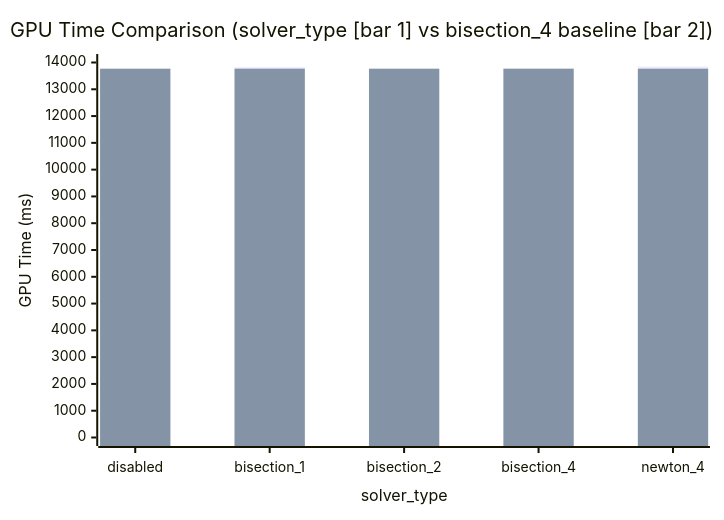
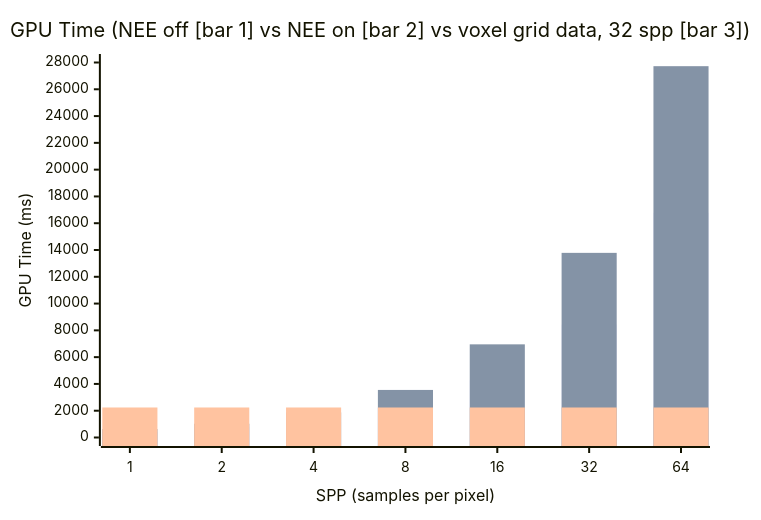
One commit to VENUSXK/pages changed the third of 12 diagrams in content/docs/GaborRT/exp-20261023.mdx. Above: the diagram before and after it, drawn with Mermaid. The commit also changed other lines of this file and 3 other files, not shown here.

````diff
--- a/content/docs/GaborRT/exp-20261023.mdx
+++ b/content/docs/GaborRT/exp-20261023.mdx
@@ -454,8 +340,9 @@
 ```mermaid
 xychart-beta
-    title "GPU Time Comparison (solver_type [bar 1] vs bisection_4 baseline [bar 2])"
-    x-axis "solver_type" [disabled, bisection_1, bisection_2, bisection_4, newton_4]
-    y-axis "GPU Time (ms)" 0 --> 14000
-    bar [13571.05, 13825.45, 13756.72, 13769.01, 13849.29]
-    bar [13769.01, 13769.01, 13769.01, 13769.01, 13769.01]
+    title "GPU Time (NEE off [bar 1] vs NEE on [bar 2] vs voxel grid data, 32 spp [bar 3])"
+    x-axis "SPP (samples per pixel)" [1, 2, 4, 8, 16, 32, 64]
+    y-axis "GPU Time (ms)" 0 --> 28000
+    bar [399.54, 789.11, 1143.63, 2204.31, 4286.37, 8434.24, 16777.66]
+    bar [632.03, 1029.33, 1874.95, 3551.20, 6955.48, 13786.08, 27724.98]
+    bar [2240.92, 2240.92, 2240.92, 2240.92, 2240.92, 2240.92, 2240.92]
 ```
````
